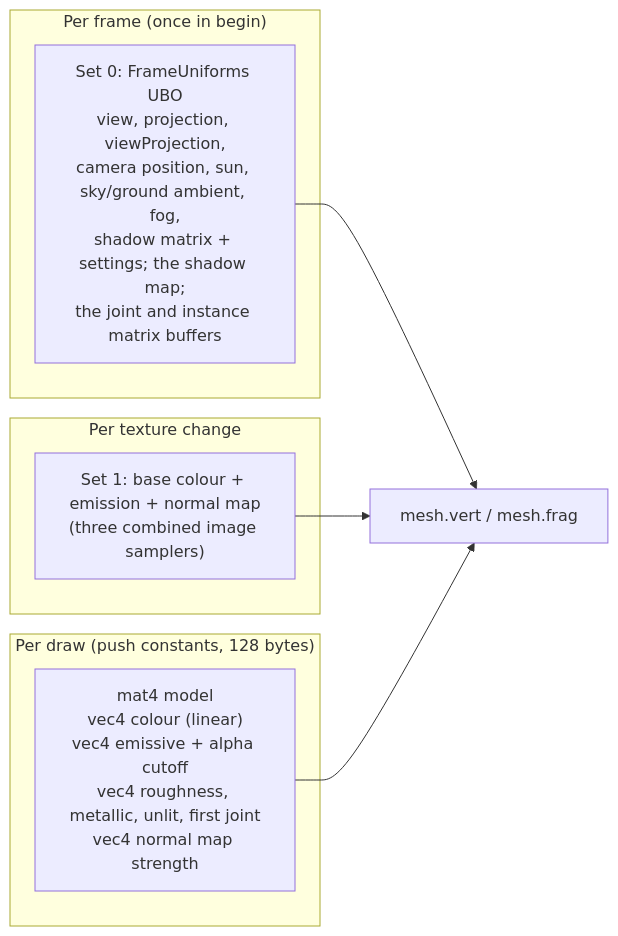
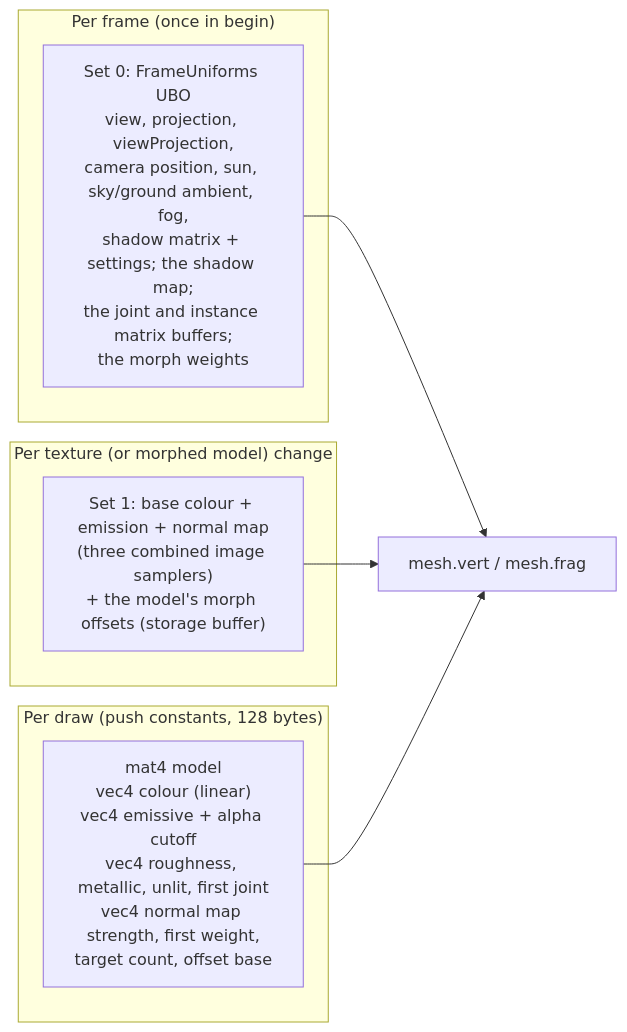
The tenth of 19 diagrams in docs/GAME3D_ARCHITECTURE.md (Chuck5ta/3DBaseFramework), drawn with Mermaid before and after one commit. The commit also changed other lines of this file and 14 other files, not shown here.

````diff
--- a/docs/GAME3D_ARCHITECTURE.md
+++ b/docs/GAME3D_ARCHITECTURE.md
@@ -886,15 +908,15 @@
 ```mermaid
 flowchart LR
     subgraph perFrame["Per frame (once in begin)"]
-        ubo["Set 0: FrameUniforms UBO<br/>view, projection, viewProjection,<br/>camera position, sun, sky/ground ambient, fog,<br/>shadow matrix + settings; the shadow map;<br/>the joint and instance matrix buffers"]
+        ubo["Set 0: FrameUniforms UBO<br/>view, projection, viewProjection,<br/>camera position, sun, sky/ground ambient, fog,<br/>shadow matrix + settings; the shadow map;<br/>the joint and instance matrix buffers;<br/>the morph weights"]
     end
-    subgraph perMaterial["Per texture change"]
-        tex["Set 1: base colour + emission + normal map<br/>(three combined image samplers)"]
+    subgraph perMaterial["Per texture (or morphed model) change"]
+        tex["Set 1: base colour + emission + normal map<br/>(three combined image samplers)<br/>+ the model's morph offsets (storage buffer)"]
     end
     subgraph perObject["Per draw (push constants, 128 bytes)"]
-        pc["mat4 model<br/>vec4 colour (linear)<br/>vec4 emissive + alpha cutoff<br/>vec4 roughness, metallic, unlit, first joint<br/>vec4 normal map strength"]
+        pc["mat4 model<br/>vec4 colour (linear)<br/>vec4 emissive + alpha cutoff<br/>vec4 roughness, metallic, unlit, first joint<br/>vec4 normal map strength, first weight,<br/>target count, offset base"]
     end
     ubo --> sh["mesh.vert / mesh.frag"]
     tex --> sh
     pc --> sh
 ```
````
